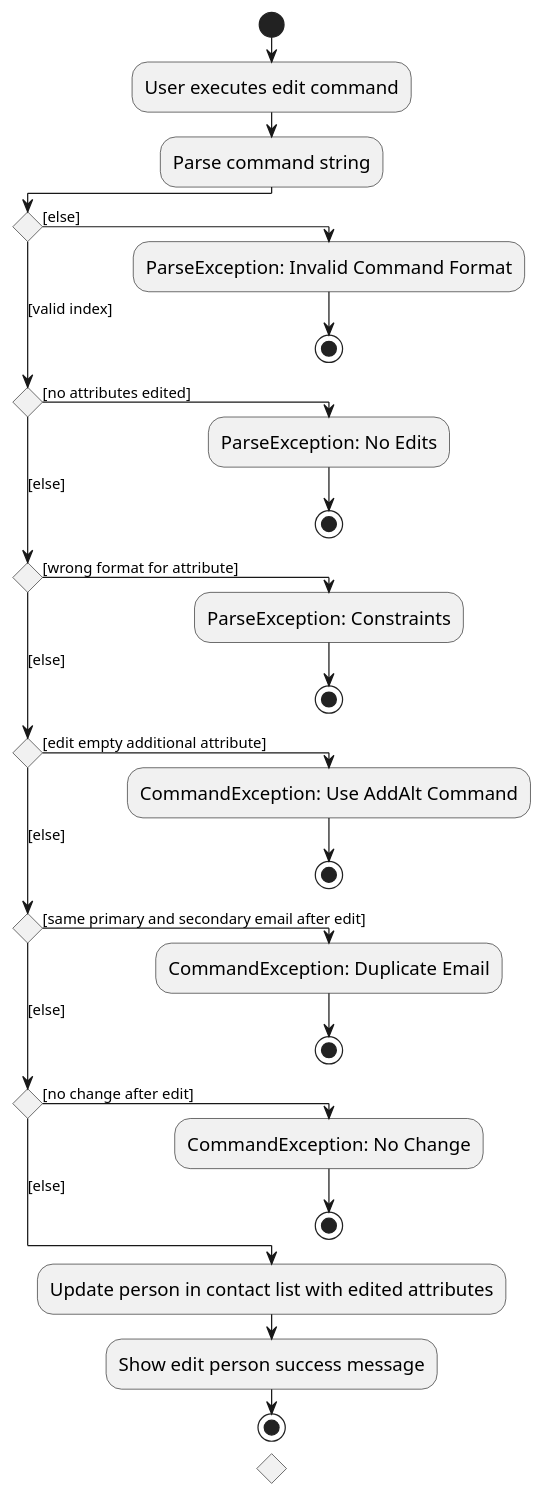
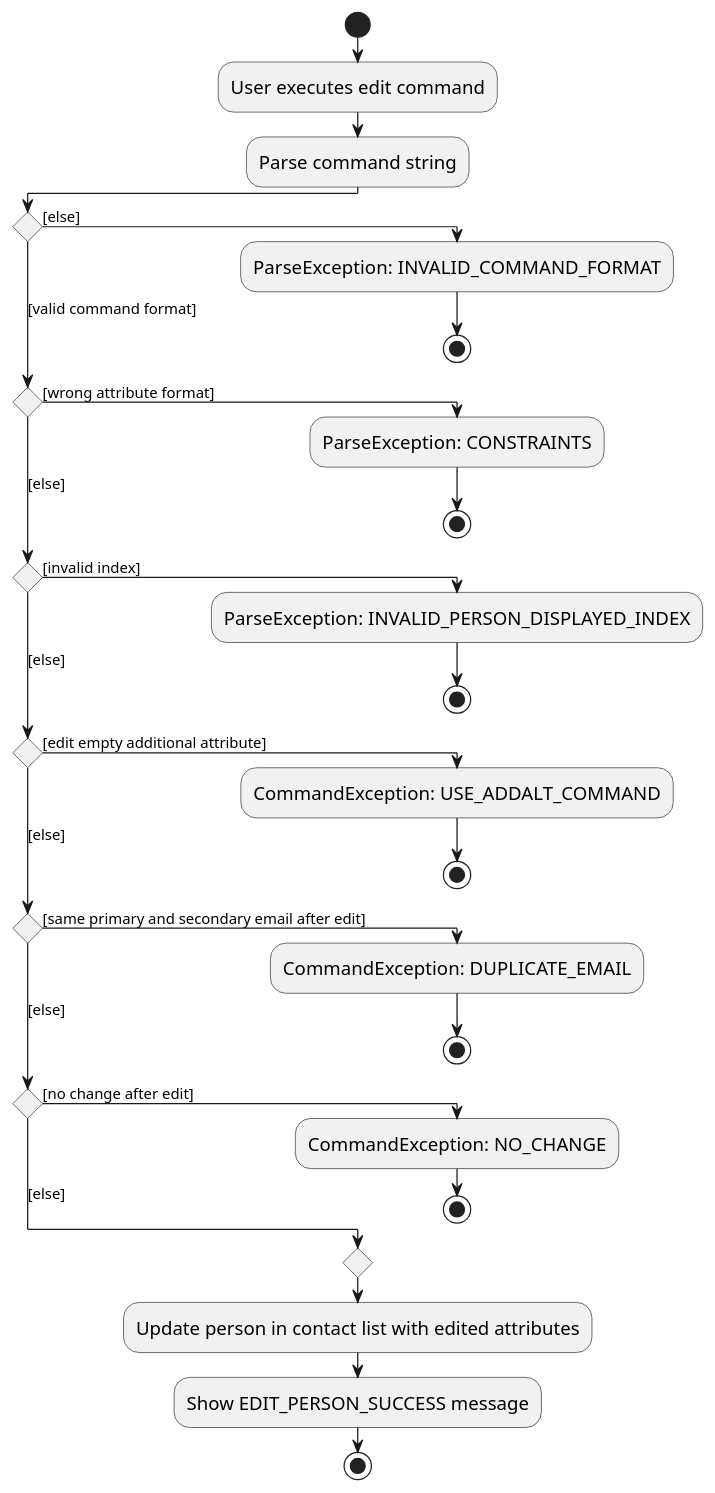
Before and after one commit to kokrui/tp: the diagram in diagrams/EditActivityDiagram.puml, drawn with PlantUML. The commit also changed 49 other files, not shown here.

```diff
--- a/diagrams/EditActivityDiagram.puml
+++ b/diagrams/EditActivityDiagram.puml
@@ -1,33 +1,33 @@
 @startuml
 skinparam ActivityFontSize 15
 skinparam ArrowFontSize 12
 !pragma useVerticalIf on
 start
 :User executes edit command;
 :Parse command string;
 
 if () then ([else])
-    :ParseException: Invalid Command Format;
+    :ParseException: INVALID_COMMAND_FORMAT;
     stop
-([valid index]) elseif () then ([no attributes edited])
-    :ParseException: No Edits;
+([valid command format]) elseif () then ([wrong attribute format])
+    :ParseException: CONSTRAINTS;
     stop
-([else]) elseif () then ([wrong format for attribute])
-    :ParseException: Constraints;
+([else]) elseif () then ([invalid index])
+    :ParseException: INVALID_PERSON_DISPLAYED_INDEX;
     stop
 ([else]) elseif () then ([edit empty additional attribute])
-    :CommandException: Use AddAlt Command;
+    :CommandException: USE_ADDALT_COMMAND;
     stop
 ([else]) elseif () then ([same primary and secondary email after edit])
-    :CommandException: Duplicate Email;
+    :CommandException: DUPLICATE_EMAIL;
     stop
 ([else]) elseif () then ([no change after edit])
-    :CommandException: No Change;
+    :CommandException: NO_CHANGE;
     stop
 else ([else])
-
+endif
 :Update person in contact list with edited attributes;
-:Show edit person success message;
+:Show EDIT_PERSON_SUCCESS message;
 
 stop
 @enduml
```
